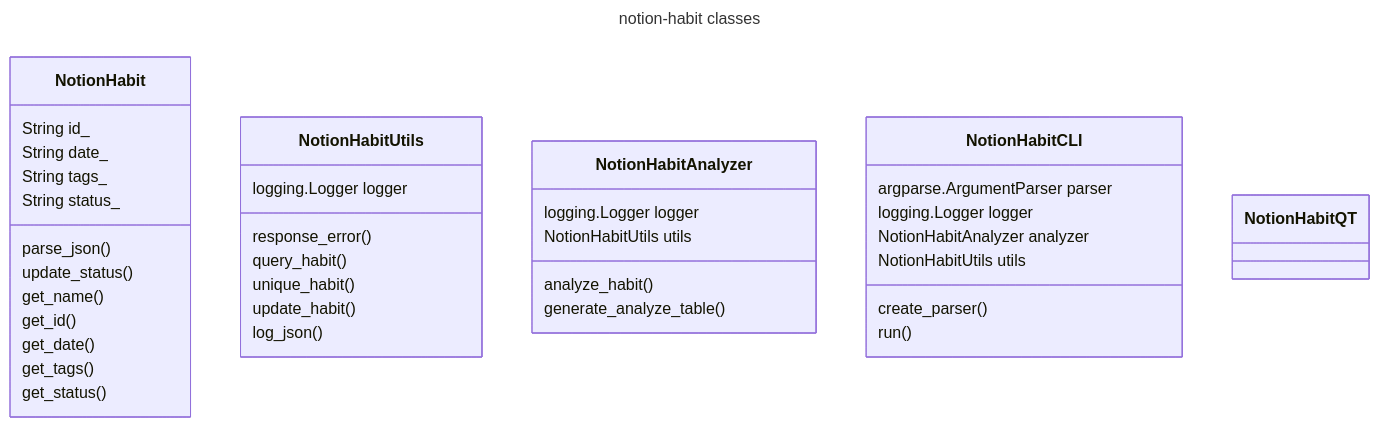
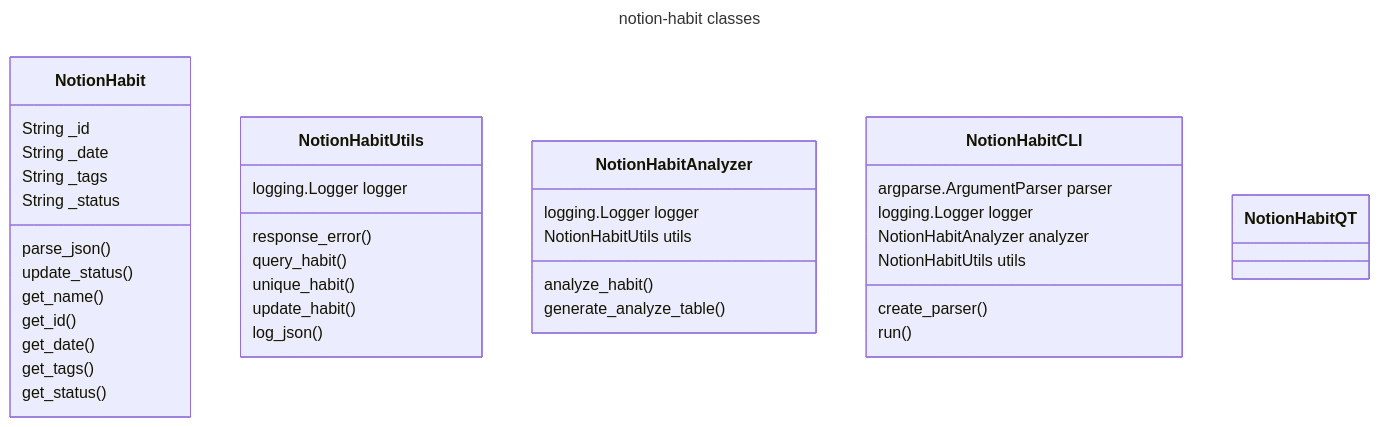
Before and after one commit to zejiekong/notion-habits: the diagram in README.md, drawn with Mermaid. The commit also changed 3 other files, not shown here.

````diff
--- a/README.md
+++ b/README.md
@@ -5,50 +5,50 @@
 ```mermaid
 ---
 title: notion-habit classes
 ---
 classDiagram
 
     class NotionHabit{
-        String id_
-        String date_
-        String tags_
-        String status_
+        String _id
+        String _date
+        String _tags
+        String _status
         parse_json()
         update_status()
         get_name() 
         get_id()
         get_date()
         get_tags()
         get_status()
     }
 
     class NotionHabitUtils{
         logging.Logger logger
         response_error()
         query_habit()
         unique_habit()
         update_habit()
         log_json()
     }
     
     class NotionHabitAnalyzer{
         logging.Logger logger
         NotionHabitUtils utils
         analyze_habit()
         generate_analyze_table()
     }
 
     class NotionHabitCLI{
         argparse.ArgumentParser parser
         logging.Logger logger
         NotionHabitAnalyzer analyzer
         NotionHabitUtils utils
         create_parser()
         run()
     }
 
     class NotionHabitQT{
 
     }
 
 ```
````
